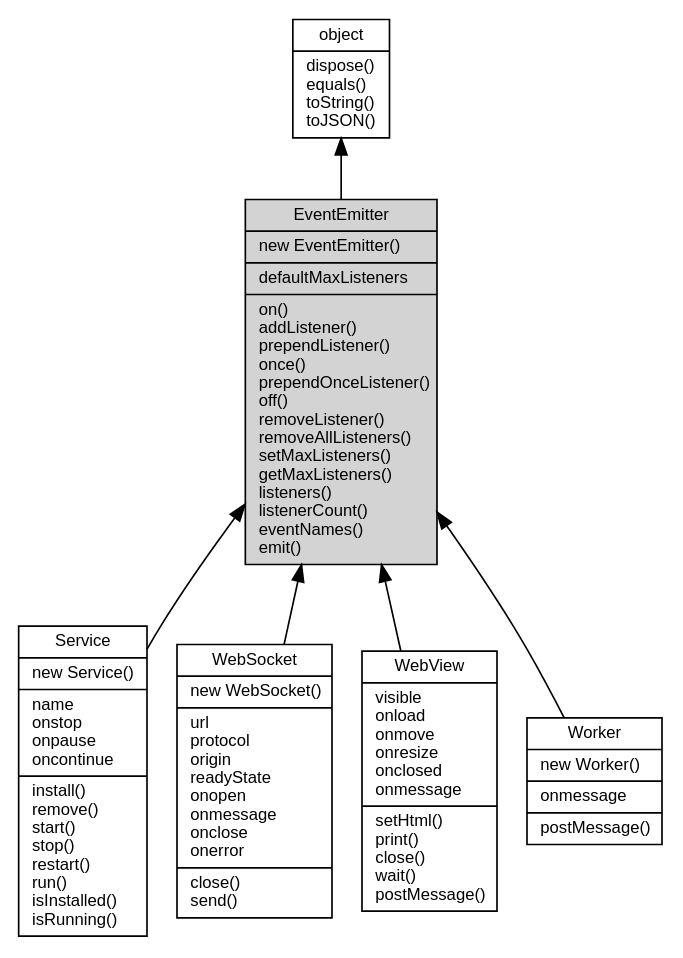
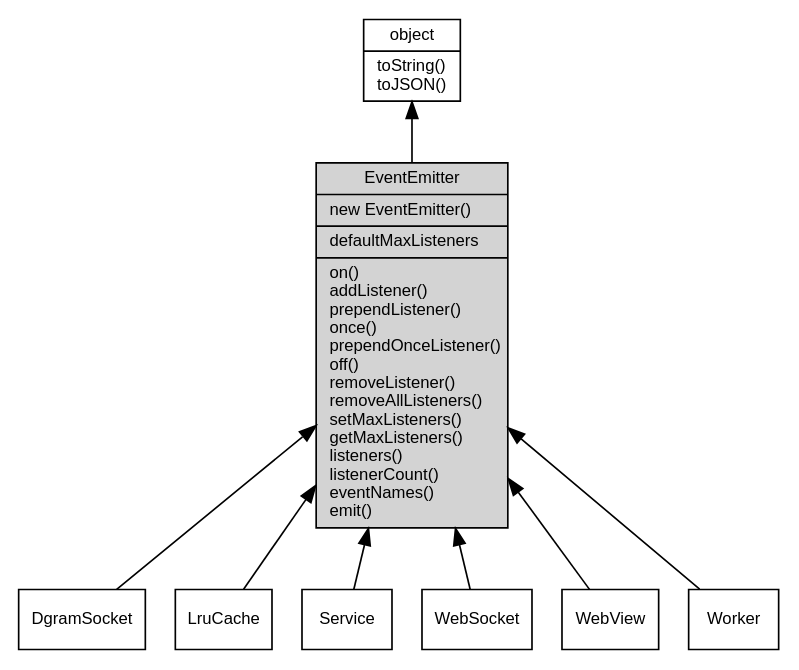
The diagram in docs/object/ifs/EventEmitter.md (asionius/fibjs-ceph), drawn with Graphviz before and after one commit. The commit also changed other lines of this file and 138 other files, not shown here.

````diff
--- a/docs/object/ifs/EventEmitter.md
+++ b/docs/object/ifs/EventEmitter.md
@@ -13,18 +13,22 @@
 ```dot
 digraph {
     node [fontname="Helvetica,sans-Serif", fontsize=10, shape="record", style="filled", fillcolor="white"];
 
-    object [tooltip="object", URL="object.md", label="{object|dispose()\lequals()\ltoString()\ltoJSON()\l}"];
-    EventEmitter [tooltip="EventEmitter", fillcolor="lightgray", label="{EventEmitter|new EventEmitter()\l|defaultMaxListeners\l|on()\laddListener()\lprependListener()\lonce()\lprependOnceListener()\loff()\lremoveListener()\lremoveAllListeners()\lsetMaxListeners()\lgetMaxListeners()\llisteners()\llistenerCount()\leventNames()\lemit()\l}"];
-    Service [tooltip="Service", URL="Service.md", label="{Service|new Service()\l|name\lonstop\lonpause\loncontinue\l|install()\lremove()\lstart()\lstop()\lrestart()\lrun()\lisInstalled()\lisRunning()\l}"];
-    WebSocket [tooltip="WebSocket", URL="WebSocket.md", label="{WebSocket|new WebSocket()\l|url\lprotocol\lorigin\lreadyState\lonopen\lonmessage\lonclose\lonerror\l|close()\lsend()\l}"];
-    WebView [tooltip="WebView", URL="WebView.md", label="{WebView|visible\lonload\lonmove\lonresize\lonclosed\lonmessage\l|setHtml()\lprint()\lclose()\lwait()\lpostMessage()\l}"];
-    Worker [tooltip="Worker", URL="Worker.md", label="{Worker|new Worker()\l|onmessage\l|postMessage()\l}"];
+    object [tooltip="object", URL="object.md", label="{object|toString()\ltoJSON()\l}"];
+    EventEmitter [tooltip="EventEmitter", fillcolor="lightgray", id="me", label="{EventEmitter|new EventEmitter()\l|defaultMaxListeners\l|on()\laddListener()\lprependListener()\lonce()\lprependOnceListener()\loff()\lremoveListener()\lremoveAllListeners()\lsetMaxListeners()\lgetMaxListeners()\llisteners()\llistenerCount()\leventNames()\lemit()\l}"];
+    DgramSocket [tooltip="DgramSocket", URL="DgramSocket.md", label="{DgramSocket}"];
+    LruCache [tooltip="LruCache", URL="LruCache.md", label="{LruCache}"];
+    Service [tooltip="Service", URL="Service.md", label="{Service}"];
+    WebSocket [tooltip="WebSocket", URL="WebSocket.md", label="{WebSocket}"];
+    WebView [tooltip="WebView", URL="WebView.md", label="{WebView}"];
+    Worker [tooltip="Worker", URL="Worker.md", label="{Worker}"];
 
     object -> EventEmitter [dir=back];
+    EventEmitter -> DgramSocket [dir=back];
+    EventEmitter -> LruCache [dir=back];
     EventEmitter -> Service [dir=back];
     EventEmitter -> WebSocket [dir=back];
     EventEmitter -> WebView [dir=back];
     EventEmitter -> Worker [dir=back];
 }
 ```
````
